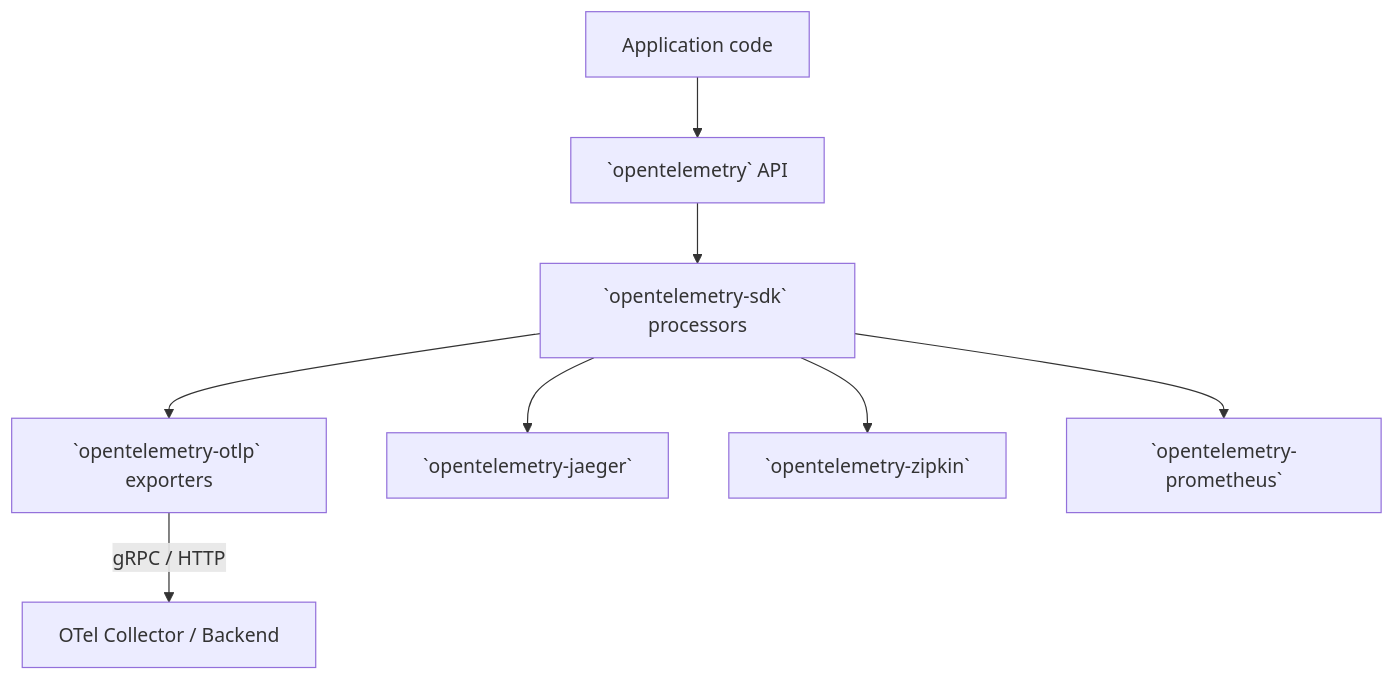
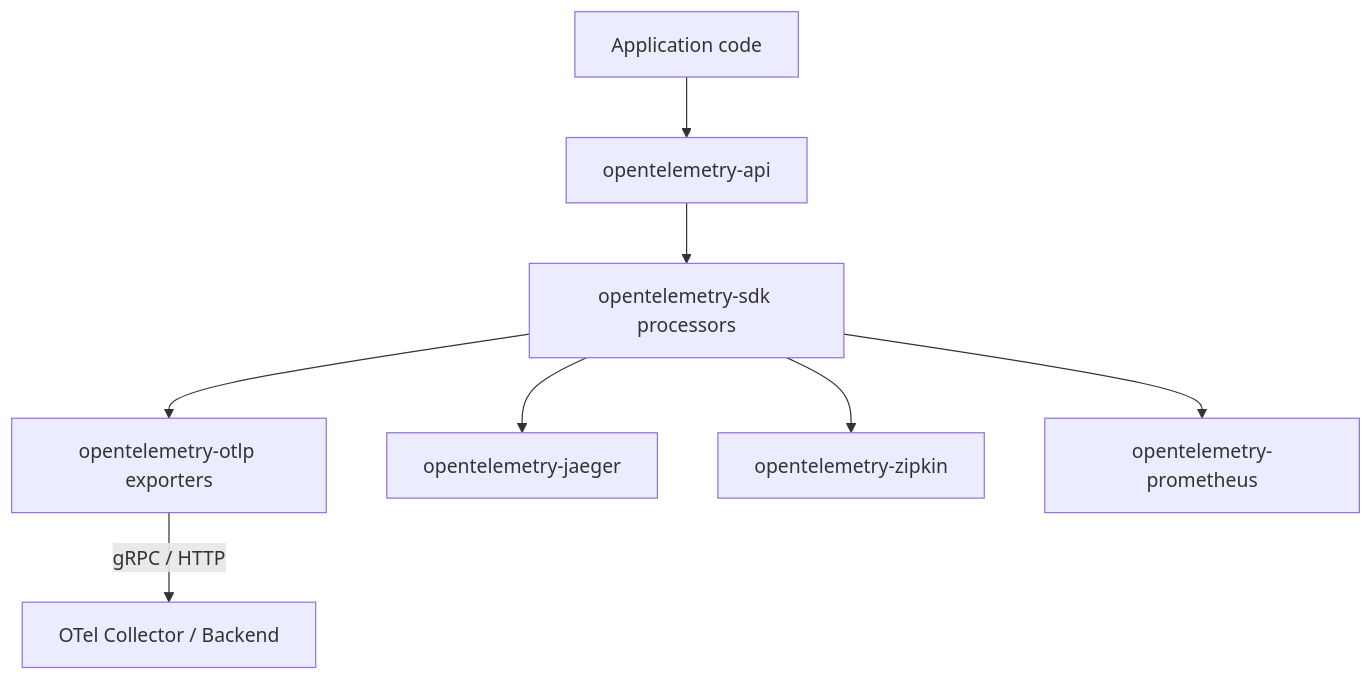
One commit to scottgerring/opentelemetry-rust changed the first of 2 diagrams in docs/design/otlp.md. Above: the diagram before and after it, drawn with Mermaid. The commit also changed other lines of this file and 1 other file, not shown here.

````diff
--- a/docs/design/otlp.md
+++ b/docs/design/otlp.md
@@ -18,11 +18,11 @@
 ```mermaid
 graph TD
-    A[Application code] --> B[`opentelemetry` API]
-    B --> C[`opentelemetry-sdk` processors]
-    C --> D[`opentelemetry-otlp` exporters]
+    A[Application code] --> B[opentelemetry-api]
+    B --> C[opentelemetry-sdk processors]
+    C --> D[opentelemetry-otlp exporters]
     D -->|gRPC / HTTP| E[OTel Collector / Backend]
     %% Auxiliary exporters
-    C --> F[`opentelemetry-jaeger`]
-    C --> G[`opentelemetry-zipkin`]
-    C --> H[`opentelemetry-prometheus`]
+    C --> F[opentelemetry-jaeger]
+    C --> G[opentelemetry-zipkin]
+    C --> H[opentelemetry-prometheus]
 ```
````
